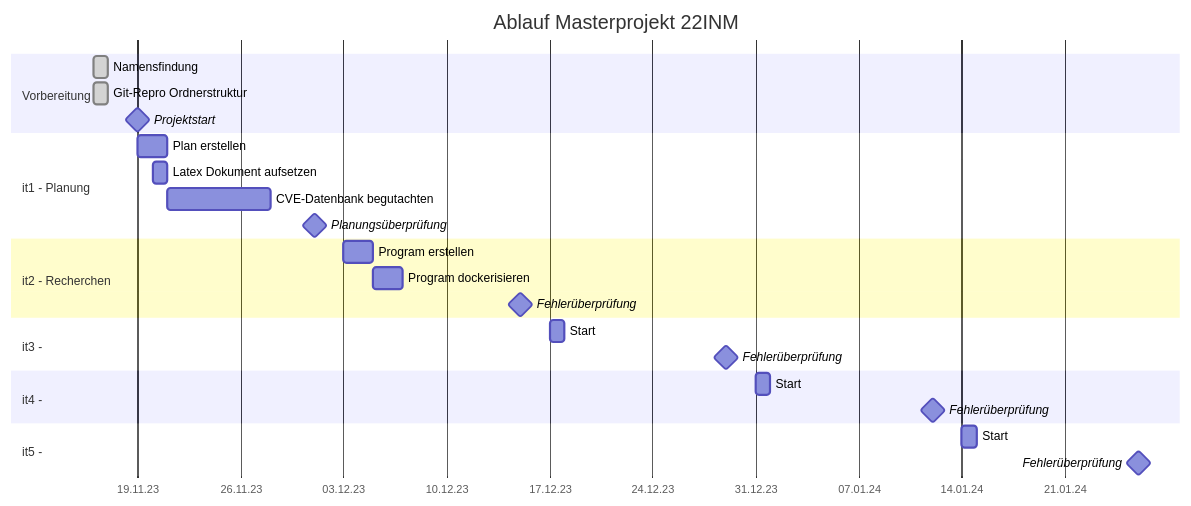
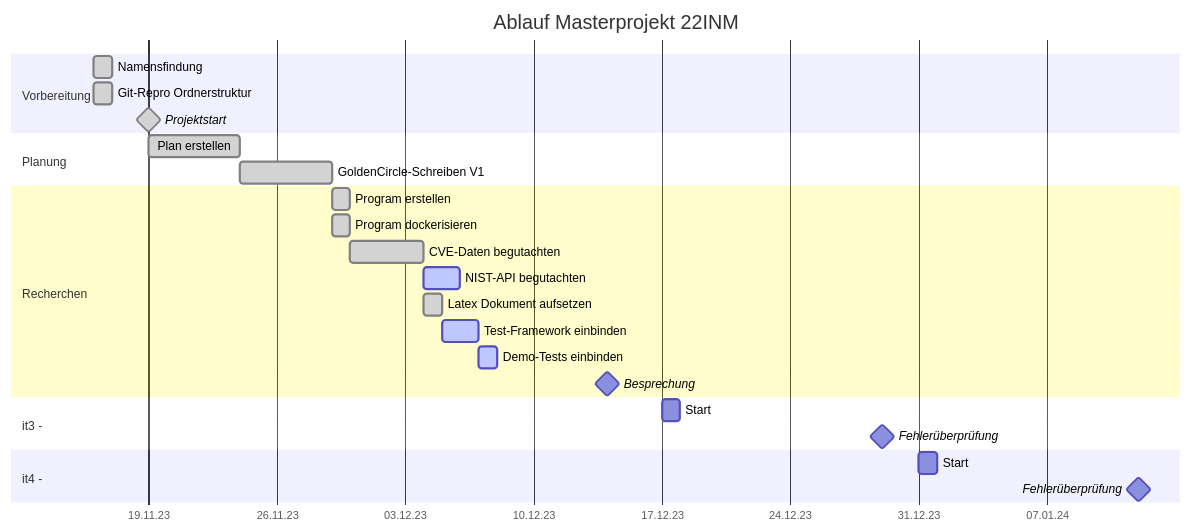
The first of 2 diagrams in documentation/planning/procedure.md (KnYL3R/AmIVulnerable), drawn with Mermaid before and after one commit. The commit also changed other lines of this file and 2 other files, not shown here.

Commit message:
First proposal for the revision of the Gantt chart

````diff
--- a/documentation/planning/procedure.md
+++ b/documentation/planning/procedure.md
@@ -1,41 +1,44 @@
 ```mermaid
 gantt
     dateFormat  YYYY-MM-DD
     axisFormat  %d.%m.%y
     title       Ablauf Masterprojekt 22INM
     todayMarker off
 
     section Vorbereitung
     Namensfindung: done, V-1, 2023-11-16, 1d
     Git-Repro Ordnerstruktur: done, V-2, 2023-11-16, 1d
 
-    Projektstart: milestone, 2023-11-19, 0d
+    Projektstart: done, milestone, 2023-11-19, 0d
 
-    section it1 - Planung
-    Plan erstellen: it1-1, 2023-11-19, 2d
-    Latex Dokument aufsetzen: it1-2, 2023-11-20, 1d
-    CVE-Datenbank begutachten: it1-3, after it1-2, 7d
+    section Planung
+    Plan erstellen: done, planerstellen, 2023-11-19, 5d
 
-    Planungsüberprüfung: milestone, 2023-12-01, 0d
+    GoldenCircle-Schreiben V1: done, goldencircleschreiben, after planerstellen, 5d
 
-    section it2 - Recherchen
-    Program erstellen: it2-1, 2023-12-03, 2d
-    Program dockerisieren: it2-3, after it2-1, 2d
+    section Recherchen
 
-    Fehlerüberprüfung: milestone, 2023-12-15, 0d
+    Program erstellen: done, programmerstellen, after goldencircleschreiben, 1d
+    Program dockerisieren: done, programmdockerisieren, after goldencircleschreiben, 1d
+
+    CVE-Daten begutachten: done, cvedatenbegutachten, after programmdockerisieren, 4d
+    NIST-API begutachten: active, nistapibegutachten, after cvedatenbegutachten, 2d
+
+    Latex Dokument aufsetzen: done, latexdokumentaufsetzen, after cvedatenbegutachten, 1d
+
+    Test-Framework einbinden: active, testframeworkeinbinden, after latexdokumentaufsetzen, 2d
+    Demo-Tests einbinden: active, demotestseinbinden, after testframeworkeinbinden, 1d
+
+    Besprechung: milestone, 2023-12-14, 0d
 
     section it3 - 
     Start: it3-1, 2023-12-17, 1d
     
     Fehlerüberprüfung: milestone, 2023-12-29, 0d
 
     section it4 - 
     Start: it4-1, 2023-12-31, 1d
 
     Fehlerüberprüfung: milestone, 2024-01-12, 0d
 
-    section it5 - 
-    Start: it5-1, 2024-01-14, 1d
-
-    Fehlerüberprüfung: milestone, 2024-01-26, 0d
 ```
````
